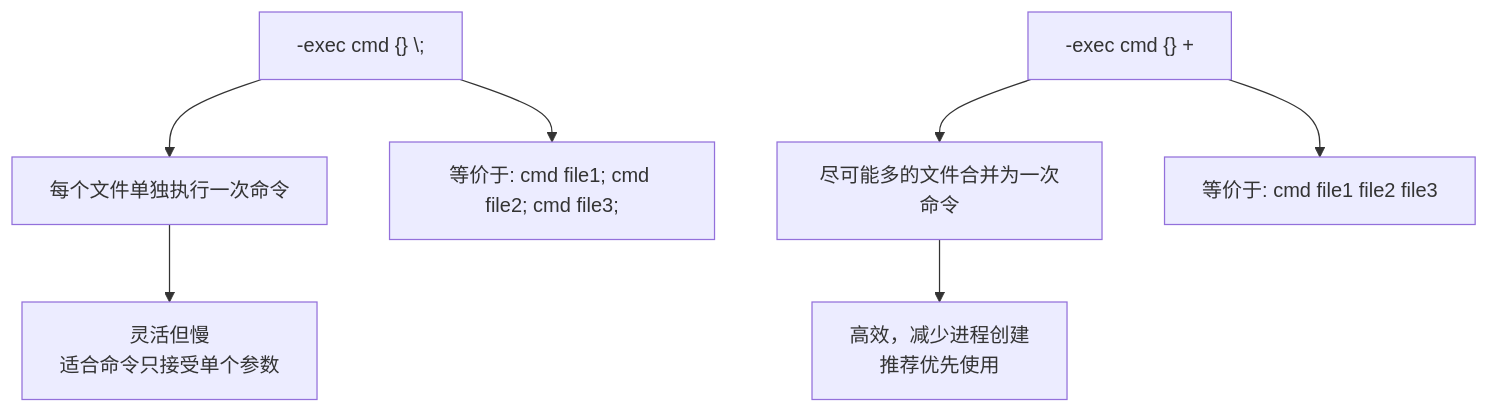
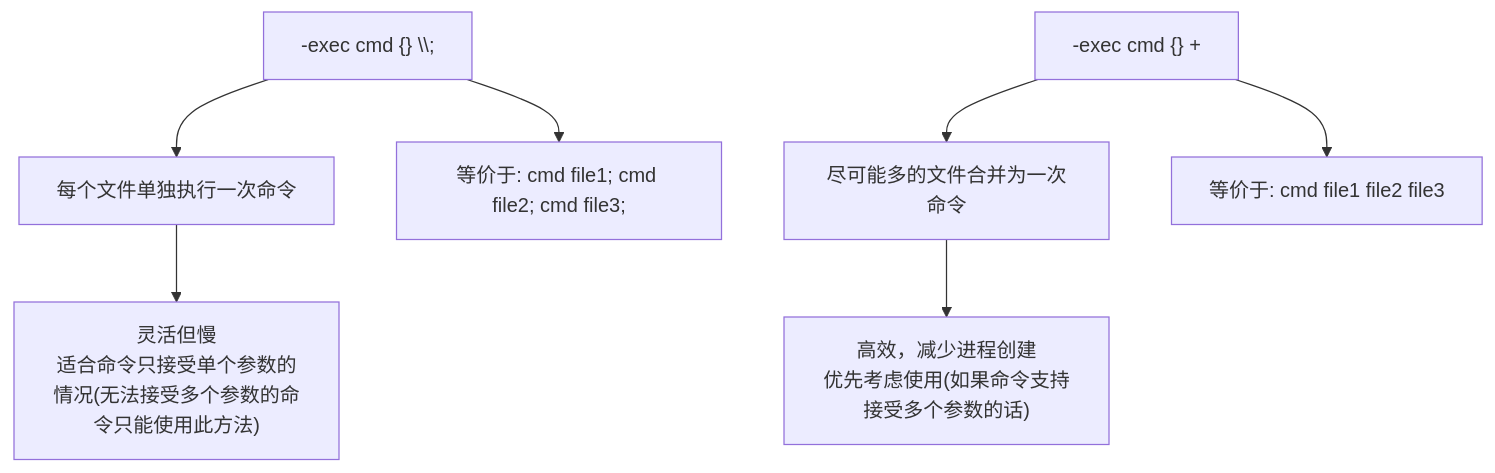
One commit to xuchaoxin1375/blogs changed the second of 4 diagrams in linux/文件查找/GNU find命令完全指南.md. Above: the diagram before and after it, drawn with Mermaid. The commit also changed other lines of this file and 10 other files, not shown here.

````diff
--- a/linux/文件查找/GNU find命令完全指南.md
+++ b/linux/文件查找/GNU find命令完全指南.md
@@ -275,11 +502,11 @@
 ```mermaid
 graph TD
-    A["-exec cmd {} \;"] --> B["每个文件单独执行一次命令"]
+    A["-exec cmd {} \\;"] --> B["每个文件单独执行一次命令"]
     A --> B1["等价于: cmd file1; cmd file2; cmd file3;"]
     
     C["-exec cmd {} +"] --> D["尽可能多的文件合并为一次命令"]
     C --> D1["等价于: cmd file1 file2 file3"]
     
-    B --> E["灵活但慢<br/>适合命令只接受单个参数"]
-    D --> F["高效，减少进程创建<br/>推荐优先使用"]
+    B --> E["灵活但慢<br/>适合命令只接受单个参数的情况(无法接受多个参数的命令只能使用此方法)"]
+    D --> F["高效，减少进程创建<br/>优先考虑使用(如果命令支持接受多个参数的话)"]
 ```
````
